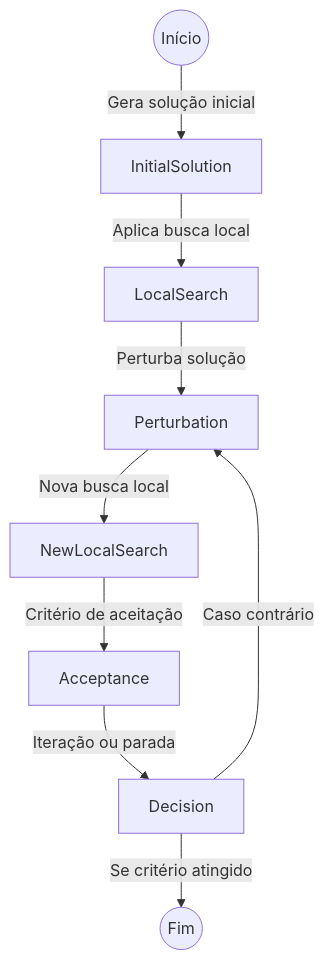
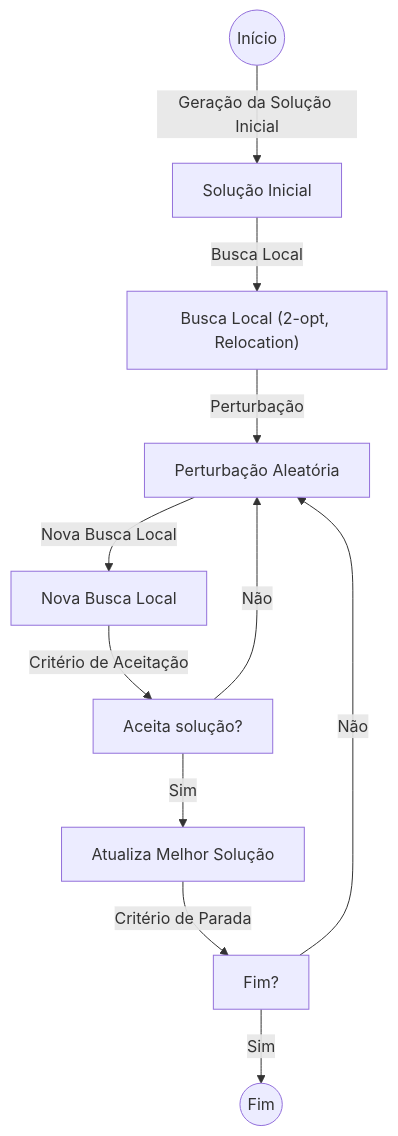
One commit to IsaacKosloski/CapacitatedVehicleRoutingProblem-ILS changed the diagram in README.md. Above: the diagram before and after it, drawn with Mermaid. The commit also changed other lines of this file, not shown here.

````diff
--- a/README.md
+++ b/README.md
@@ -43,11 +55,13 @@
 ```mermaid
 graph TD;
-    Start((Início)) -->|Gera solução inicial| InitialSolution;
-    InitialSolution -->|Aplica busca local| LocalSearch;
-    LocalSearch -->|Perturba solução| Perturbation;
-    Perturbation -->|Nova busca local| NewLocalSearch;
-    NewLocalSearch -->|Critério de aceitação| Acceptance;
-    Acceptance -->|Iteração ou parada| Decision;
-    Decision -->|Se critério atingido| End((Fim));
-    Decision -->|Caso contrário| Perturbation;
+    Start((Início)) -->|Geração da Solução Inicial| Init["Solução Inicial"];
+    Init -->|Busca Local| LocalSearch["Busca Local (2-opt, Relocation)"];
+    LocalSearch -->|Perturbação| Perturb["Perturbação Aleatória"];
+    Perturb -->|Nova Busca Local| LocalSearch2["Nova Busca Local"];
+    LocalSearch2 -->|Critério de Aceitação| Accept["Aceita solução?"];
+    Accept -- Sim --> BestUpdate["Atualiza Melhor Solução"];
+    Accept -- Não --> Perturb;
+    BestUpdate -->|Critério de Parada| Stop["Fim?"];
+    Stop -- Sim --> End((Fim));
+    Stop -- Não --> Perturb;
 ```
````
